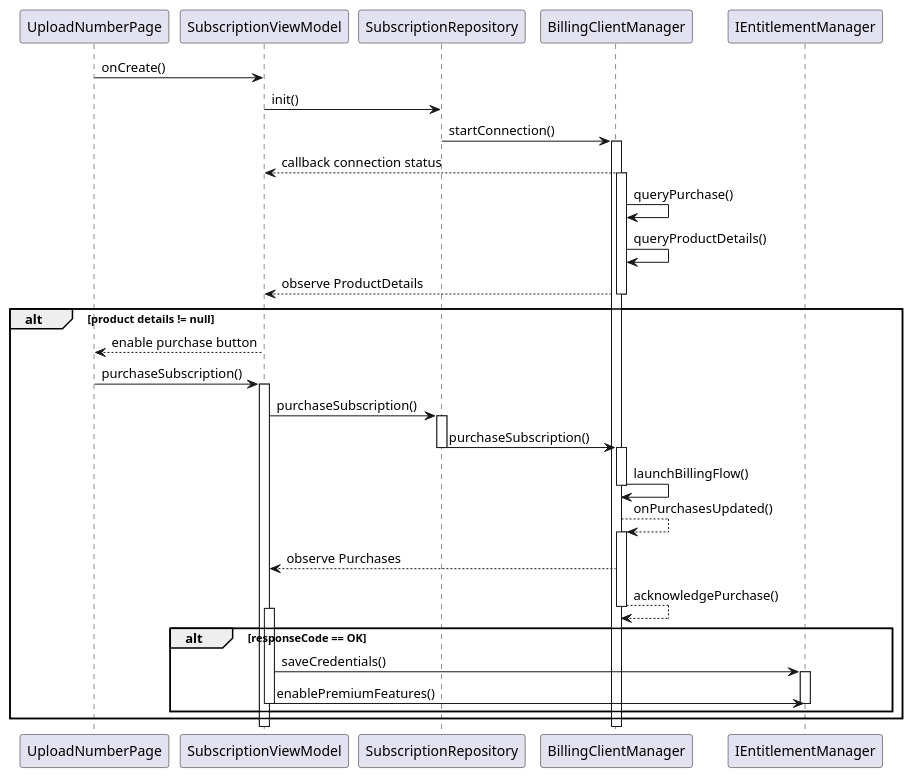
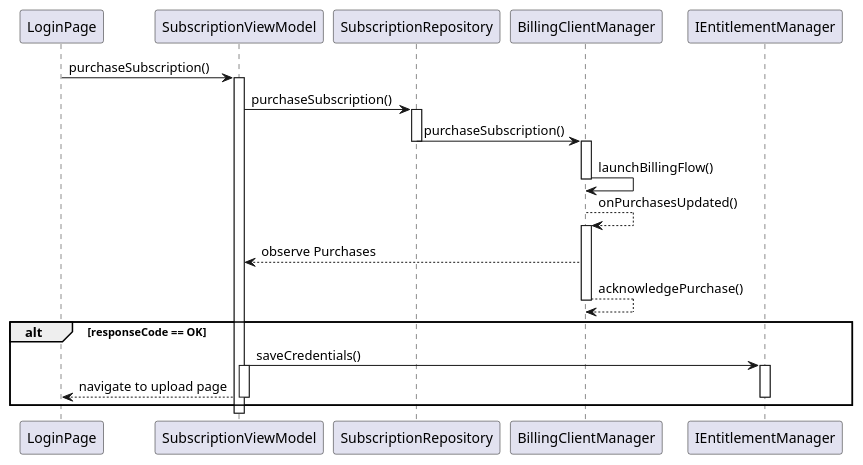
Before and after one commit to pollyannagogolook/PollyCall: the diagram in app/src/main/java/com/pollyanna/pollycall/plantUML/PurchaseSequence.puml, drawn with PlantUML. The commit also changed 1 other file, not shown here.

Commit message:
Feat: Update PlantUML of QueryPurchase

```diff
--- a/app/src/main/java/com/pollyanna/pollycall/plantUML/PurchaseSequence.puml
+++ b/app/src/main/java/com/pollyanna/pollycall/plantUML/PurchaseSequence.puml
@@ -1,56 +1,34 @@
 @startuml
 'https://plantuml.com/sequence-diagram
-UploadNumberPage -> SubscriptionViewModel: onCreate()
 
-'initiate billing client connection
-SubscriptionViewModel ->  SubscriptionRepository: init()
-SubscriptionRepository -> BillingClientManager: startConnection()
-
-activate BillingClientManager
-BillingClientManager --> SubscriptionViewModel: callback connection status
-
-
-'query purchase and product details
-activate BillingClientManager
-BillingClientManager -> BillingClientManager: queryPurchase()
-
-BillingClientManager -> BillingClientManager: queryProductDetails()
-
-BillingClientManager --> SubscriptionViewModel: observe ProductDetails
-deactivate BillingClientManager
-
-
-
-' user can purchase subscription only if product details is not null and connection is established
-alt product details != null
-    SubscriptionViewModel --> UploadNumberPage: enable purchase button
-    UploadNumberPage -> SubscriptionViewModel: purchaseSubscription()
+LoginPage -> SubscriptionViewModel: purchaseSubscription()
 
 
 activate SubscriptionViewModel
 SubscriptionViewModel -> SubscriptionRepository: purchaseSubscription()
 activate SubscriptionRepository
 SubscriptionRepository -> BillingClientManager: purchaseSubscription()
 deactivate SubscriptionRepository
 activate BillingClientManager
 BillingClientManager -> BillingClientManager: launchBillingFlow()
 deactivate BillingClientManager
 
 BillingClientManager --> BillingClientManager: onPurchasesUpdated()
 activate BillingClientManager
 BillingClientManager -->  SubscriptionViewModel: observe Purchases
 deactivate SubscriptionRepository
 BillingClientManager --> BillingClientManager: acknowledgePurchase()
 deactivate BillingClientManager
 
 alt responseCode == OK
+
+    SubscriptionViewModel -> IEntitlementManager: saveCredentials()
     activate SubscriptionViewModel
-    SubscriptionViewModel -> IEntitlementManager: saveCredentials()
     activate IEntitlementManager
-    SubscriptionViewModel -> IEntitlementManager: enablePremiumFeatures()
+    SubscriptionViewModel --> LoginPage: navigate to upload page
     deactivate IEntitlementManager
     deactivate SubscriptionViewModel
 end
-end
+
 
 @enduml
```
